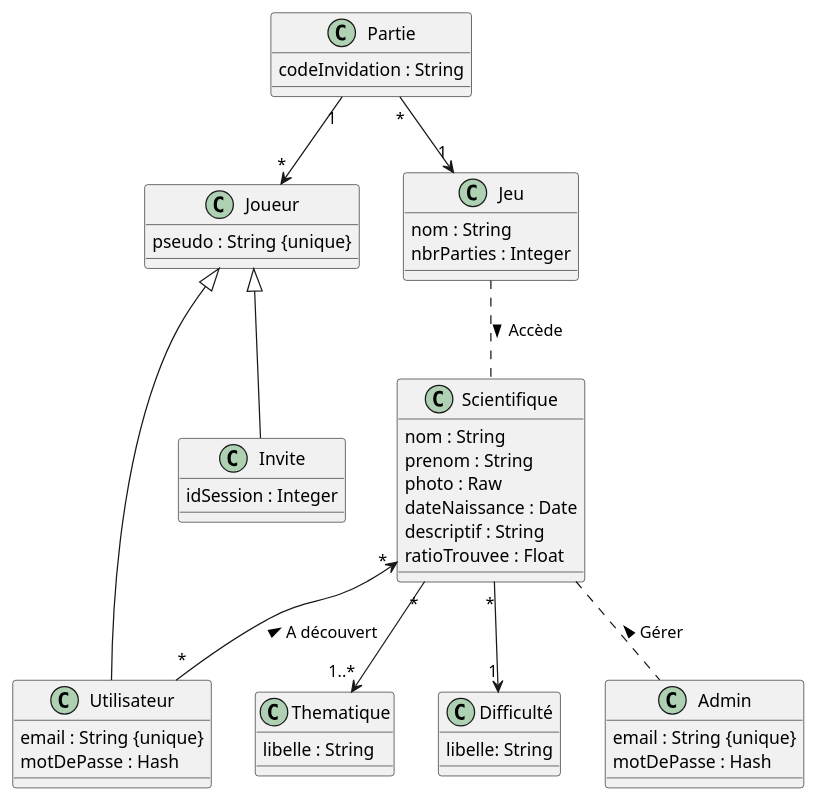
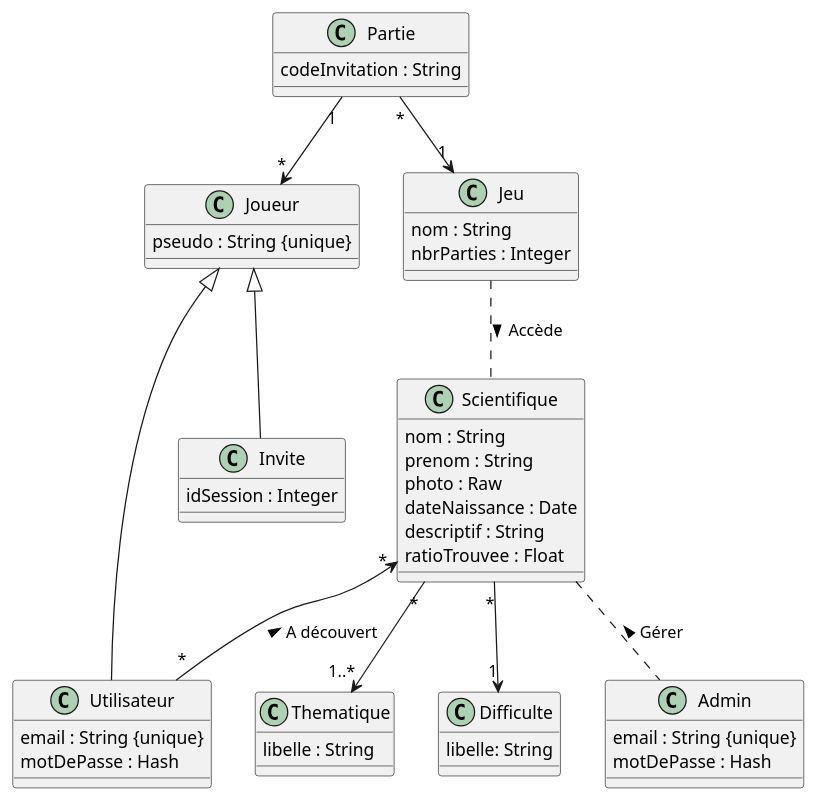
The diagram in project/Docs/classe/classDiagram.md (JdAlix/ScienceQuest), drawn with PlantUML before and after one commit.

Commit message:
FIX : faute d'orthographe

````diff
--- a/project/Docs/classe/classDiagram.md
+++ b/project/Docs/classe/classDiagram.md
@@ -1,68 +1,68 @@
 ```plantuml 
 
 @startuml "BDD"
 
 class Scientifique{
     nom : String
     prenom : String
     photo : Raw
     dateNaissance : Date
     descriptif : String
     ratioTrouvee : Float
 }
 
 class Thematique{
     libelle : String
 }
 
-class "Difficulté"{
+class "Difficulte"{
     libelle: String
 }
 
 Scientifique "*" --> "1..*" Thematique
-Scientifique "*" --> "1" "Difficulté"
+Scientifique "*" --> "1" "Difficulte"
 Scientifique "*" <-- "*"Utilisateur : A découvert <
 Scientifique .. Admin : Gérer <
 
 
 class Joueur{
     pseudo : String {unique}
 }
 
 class Utilisateur{
     email : String {unique}
     motDePasse : Hash
 }
 
 class Invite{
     idSession : Integer
 }
 
 Joueur <|-- Utilisateur
 Joueur <|-- Invite
 
 class Admin{
     email : String {unique}
     motDePasse : Hash
 }
 
 
 
 
 class Jeu{
     nom : String
     nbrParties : Integer
 }
 
 Jeu .. Scientifique  : Accède >
 
 class Partie{
-    codeInvidation : String
+    codeInvitation : String
 }
 
 Partie "*" --> "1" Jeu
 
 Partie "1" --> "*" Joueur
 
 @enduml
 ```
````
